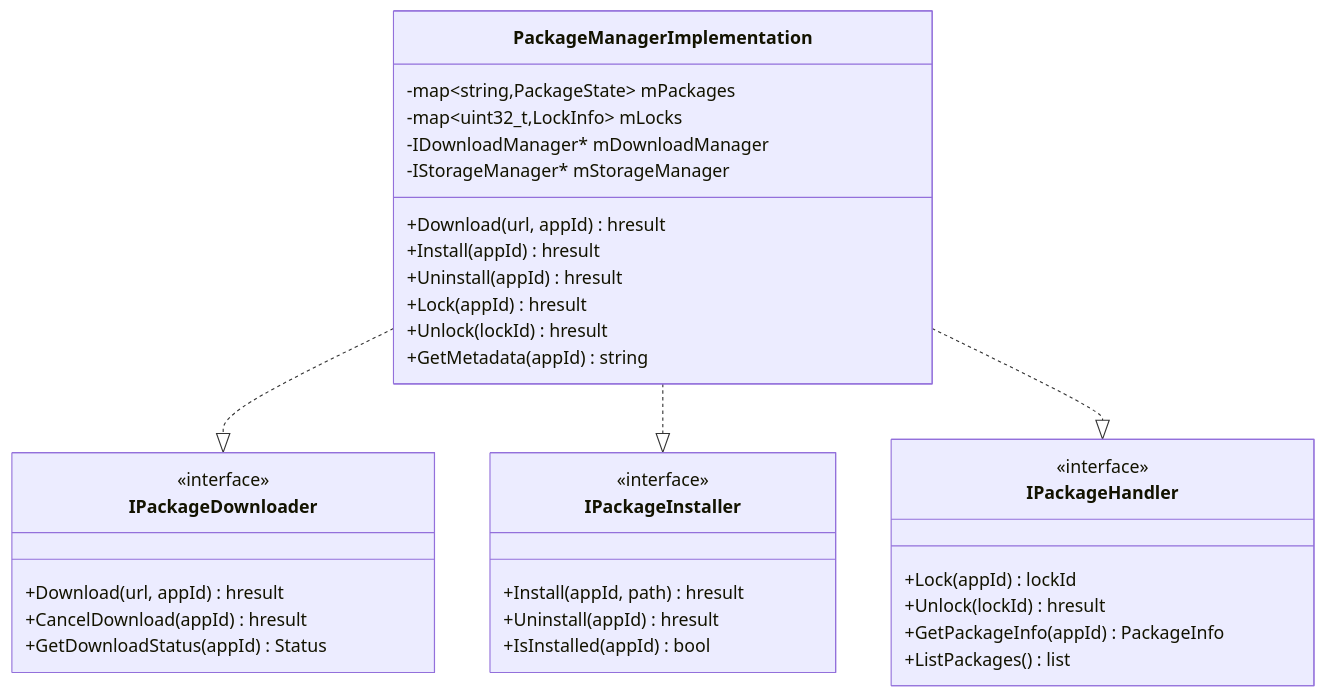
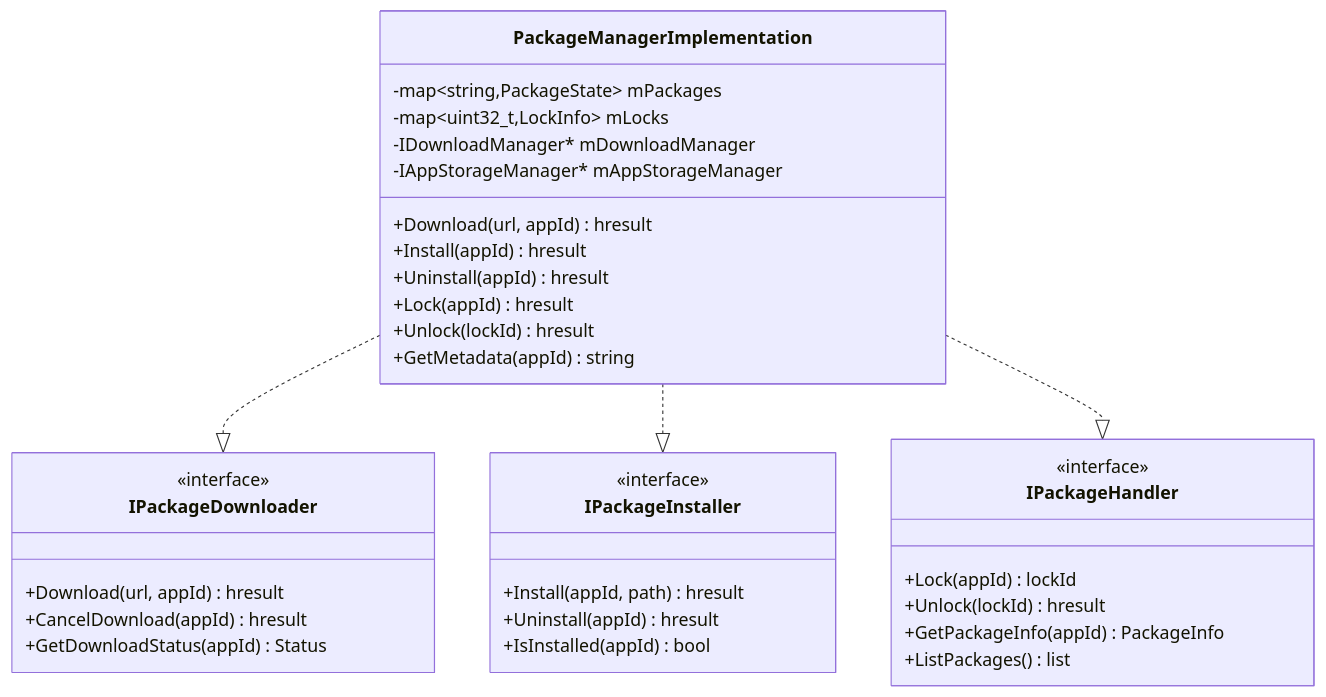
One commit to rdkcentral/entservices-appmanagers changed the second of 5 diagrams in PackageManager/PackageManager.md. Above: the diagram before and after it, drawn with Mermaid. The commit also changed other lines of this file and 2 other files, not shown here.

Commit message:
docs: fix StorageManager → AppStorageManager references in documentation

````diff
--- a/PackageManager/PackageManager.md
+++ b/PackageManager/PackageManager.md
@@ -62,41 +62,41 @@
 ```mermaid
 classDiagram
     class PackageManagerImplementation {
         -map~string,PackageState~ mPackages
         -map~uint32_t,LockInfo~ mLocks
         -IDownloadManager* mDownloadManager
-        -IStorageManager* mStorageManager
+        -IAppStorageManager* mAppStorageManager
         +Download(url, appId) hresult
         +Install(appId) hresult
         +Uninstall(appId) hresult
         +Lock(appId) hresult
         +Unlock(lockId) hresult
         +GetMetadata(appId) string
     }
 
     class IPackageDownloader {
         <<interface>>
         +Download(url, appId) hresult
         +CancelDownload(appId) hresult
         +GetDownloadStatus(appId) Status
     }
 
     class IPackageInstaller {
         <<interface>>
         +Install(appId, path) hresult
         +Uninstall(appId) hresult
         +IsInstalled(appId) bool
     }
 
     class IPackageHandler {
         <<interface>>
         +Lock(appId) lockId
         +Unlock(lockId) hresult
         +GetPackageInfo(appId) PackageInfo
         +ListPackages() list
     }
 
     PackageManagerImplementation ..|> IPackageDownloader
     PackageManagerImplementation ..|> IPackageInstaller
     PackageManagerImplementation ..|> IPackageHandler
 ```
````
